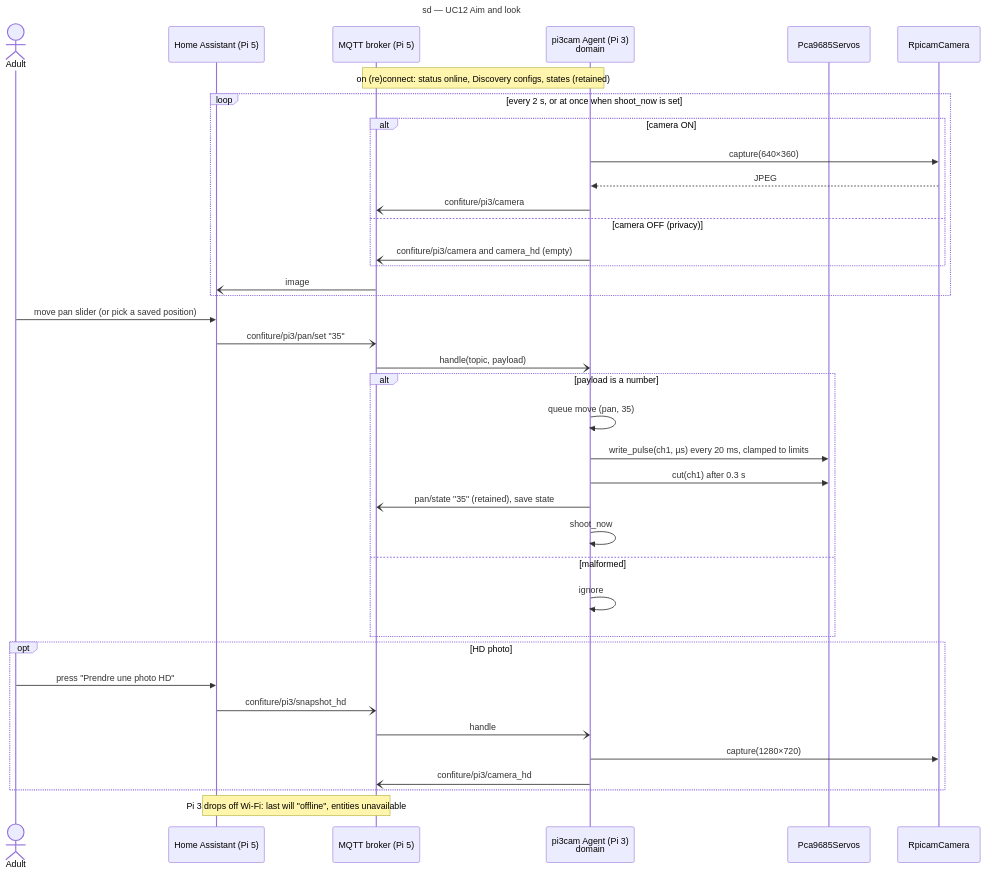
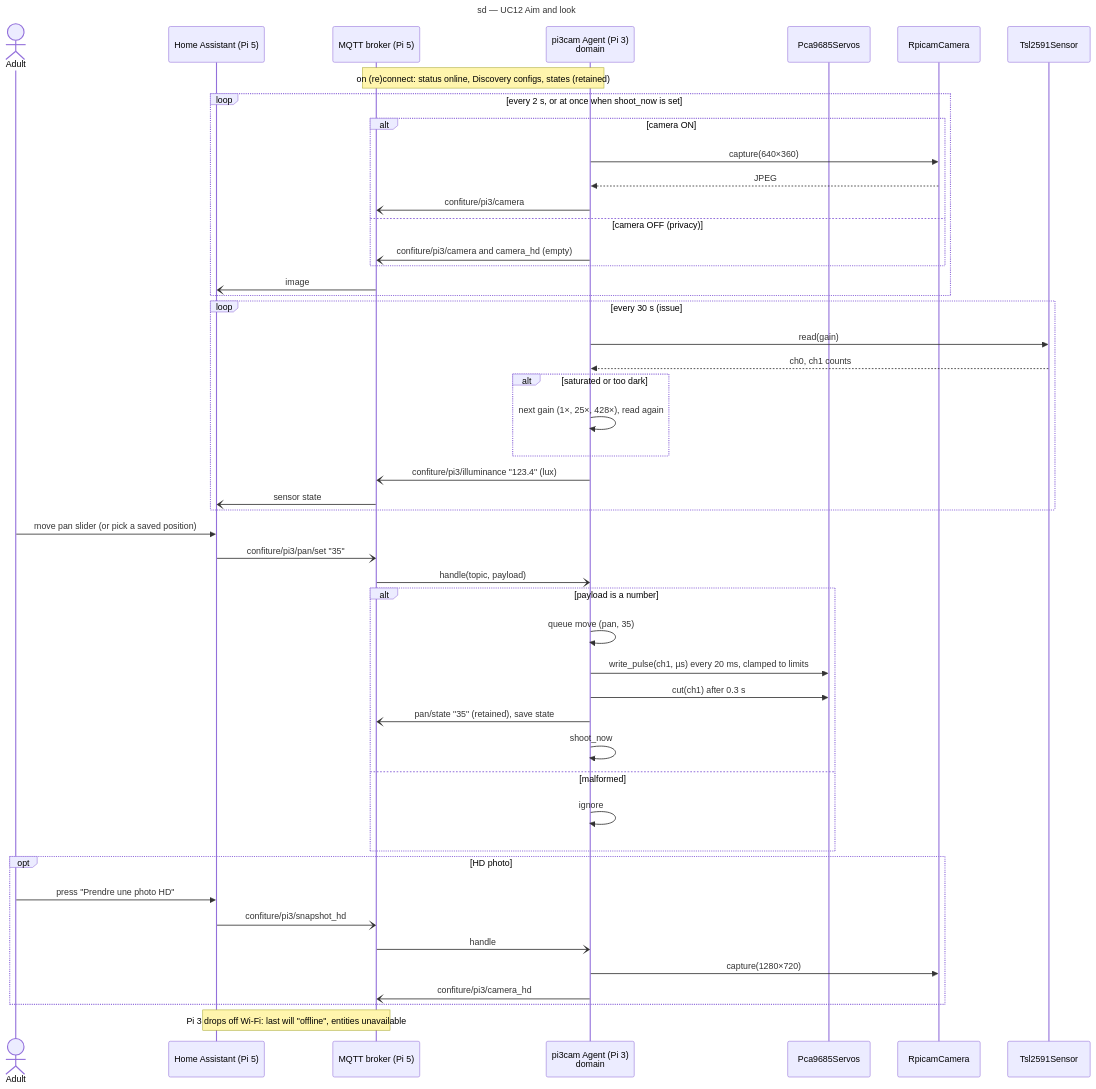
The diagram in docs/architecture/diagrams/pan-tilt-camera/01-sequence-aim-and-look.md (benoit-bremaud/confiture), drawn with Mermaid before and after one commit. The commit also changed other lines of this file and 8 other files, not shown here.

First line of the commit message:
feat(pan-tilt): expose the TSL25911 illuminance sensor

````diff
--- a/docs/architecture/diagrams/pan-tilt-camera/01-sequence-aim-and-look.md
+++ b/docs/architecture/diagrams/pan-tilt-camera/01-sequence-aim-and-look.md
@@ -16,44 +16,54 @@
 ```mermaid
 ---
 title: sd — UC12 Aim and look
 ---
 sequenceDiagram
   actor Adult
   participant HA as Home Assistant (Pi 5)
   participant MQ as MQTT broker (Pi 5)
   participant AG as pi3cam Agent (Pi 3)<br/>domain
   participant SV as Pca9685Servos
   participant CAM as RpicamCamera
+  participant LS as Tsl2591Sensor
 
   Note over AG,MQ: on (re)connect: status online, Discovery configs, states (retained)
   loop every 2 s, or at once when shoot_now is set
     alt camera ON
       AG->>CAM: capture(640×360)
       CAM-->>AG: JPEG
       AG-)MQ: confiture/pi3/camera
     else camera OFF (privacy)
       AG-)MQ: confiture/pi3/camera and camera_hd (empty)
     end
     MQ-)HA: image
+  end
+  loop every 30 s (issue #8)
+    AG->>LS: read(gain)
+    LS-->>AG: ch0, ch1 counts
+    alt saturated or too dark
+      AG->>AG: next gain (1×, 25×, 428×), read again
+    end
+    AG-)MQ: confiture/pi3/illuminance "123.4" (lux)
+    MQ-)HA: sensor state
   end
   Adult->>HA: move pan slider (or pick a saved position)
   HA-)MQ: confiture/pi3/pan/set "35"
   MQ-)AG: handle(topic, payload)
   alt payload is a number
     AG->>AG: queue move (pan, 35)
     AG->>SV: write_pulse(ch1, µs) every 20 ms, clamped to limits
     AG->>SV: cut(ch1) after 0.3 s
     AG-)MQ: pan/state "35" (retained), save state
     AG->>AG: shoot_now
   else malformed
     AG->>AG: ignore
   end
   opt HD photo
     Adult->>HA: press "Prendre une photo HD"
     HA-)MQ: confiture/pi3/snapshot_hd
     MQ-)AG: handle
     AG->>CAM: capture(1280×720)
     AG-)MQ: confiture/pi3/camera_hd
   end
   Note over MQ,HA: Pi 3 drops off Wi-Fi: last will "offline", entities unavailable
 ```
````
